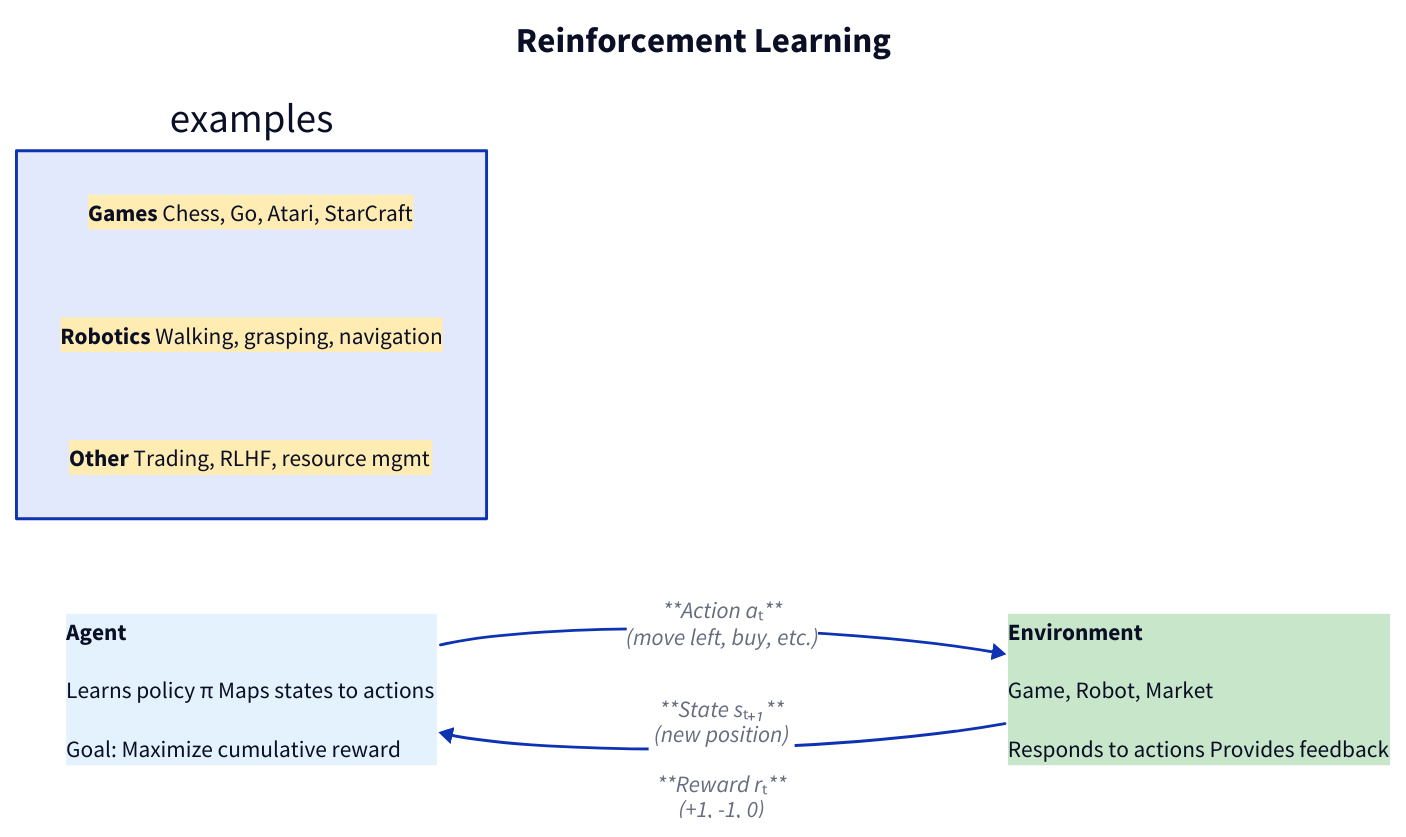
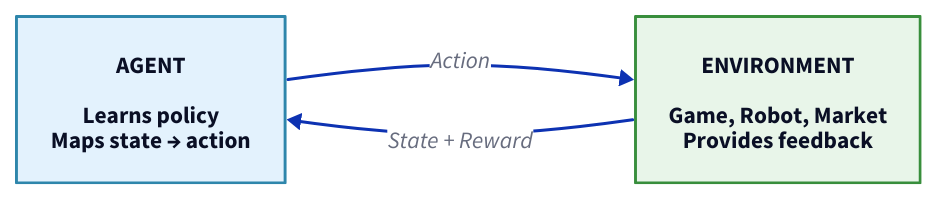
The diagram in ml-tasks/diagrams/rl_loop.d2 (nipunbatra/principles-ai-teaching), drawn with D2 before and after one commit. The commit also changed 34 other files, not shown here.

First line of the commit message:
Replace ASCII diagrams with D2, add ML notation slide, fix diagram sizes

```diff
--- a/ml-tasks/diagrams/rl_loop.d2
+++ b/ml-tasks/diagrams/rl_loop.d2
@@ -1,94 +1,24 @@
-# Reinforcement Learning Loop
+# Reinforcement Learning Loop - Simple and clean
 
 direction: right
 
-title: {
-  label: Reinforcement Learning
-  near: top-center
-  shape: text
-  style.font-size: 24
-  style.bold: true
-}
-
 agent: {
-  label: |md
-    **Agent**
-
-    Learns policy π
-    Maps states to actions
-
-    Goal: Maximize
-    cumulative reward
-  |
+  label: AGENT\n\nLearns policy\nMaps state → action
   shape: rectangle
   style.fill: "#E3F2FD"
   style.stroke: "#2E86AB"
   style.stroke-width: 2
-  width: 200
+  style.font-size: 16
 }
 
 environment: {
-  label: |md
-    **Environment**
-
-    Game, Robot, Market
-
-    Responds to actions
-    Provides feedback
-  |
+  label: ENVIRONMENT\n\nGame, Robot, Market\nProvides feedback
   shape: rectangle
-  style.fill: "#C8E6C9"
+  style.fill: "#E8F5E9"
   style.stroke: "#388E3C"
   style.stroke-width: 2
-  width: 200
+  style.font-size: 16
 }
 
-agent -> environment: |md
-  **Action aₜ**
-  (move left, buy, etc.)
-|
-
-environment -> agent: |md
-  **State sₜ₊₁**
-  (new position)
-
-  **Reward rₜ**
-  (+1, -1, 0)
-|
-
-examples: {
-  direction: right
-
-  games: {
-    label: |md
-      **Games**
-      Chess, Go,
-      Atari, StarCraft
-    |
-    shape: rectangle
-    style.fill: "#FFECB3"
-    style.stroke: "#FF8F00"
-  }
-
-  robotics: {
-    label: |md
-      **Robotics**
-      Walking, grasping,
-      navigation
-    |
-    shape: rectangle
-    style.fill: "#FFECB3"
-    style.stroke: "#FF8F00"
-  }
-
-  other: {
-    label: |md
-      **Other**
-      Trading, RLHF,
-      resource mgmt
-    |
-    shape: rectangle
-    style.fill: "#FFECB3"
-    style.stroke: "#FF8F00"
-  }
-}
+agent -> environment: Action
+environment -> agent: State + Reward
```
